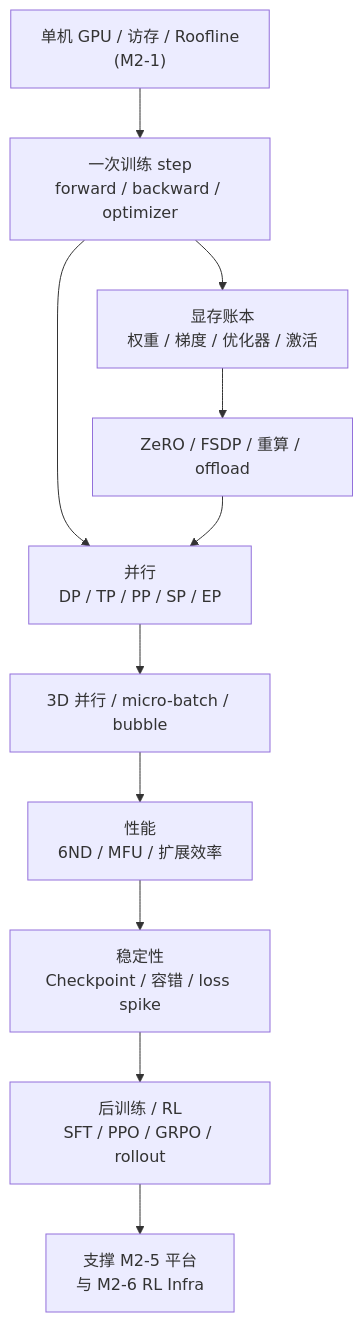
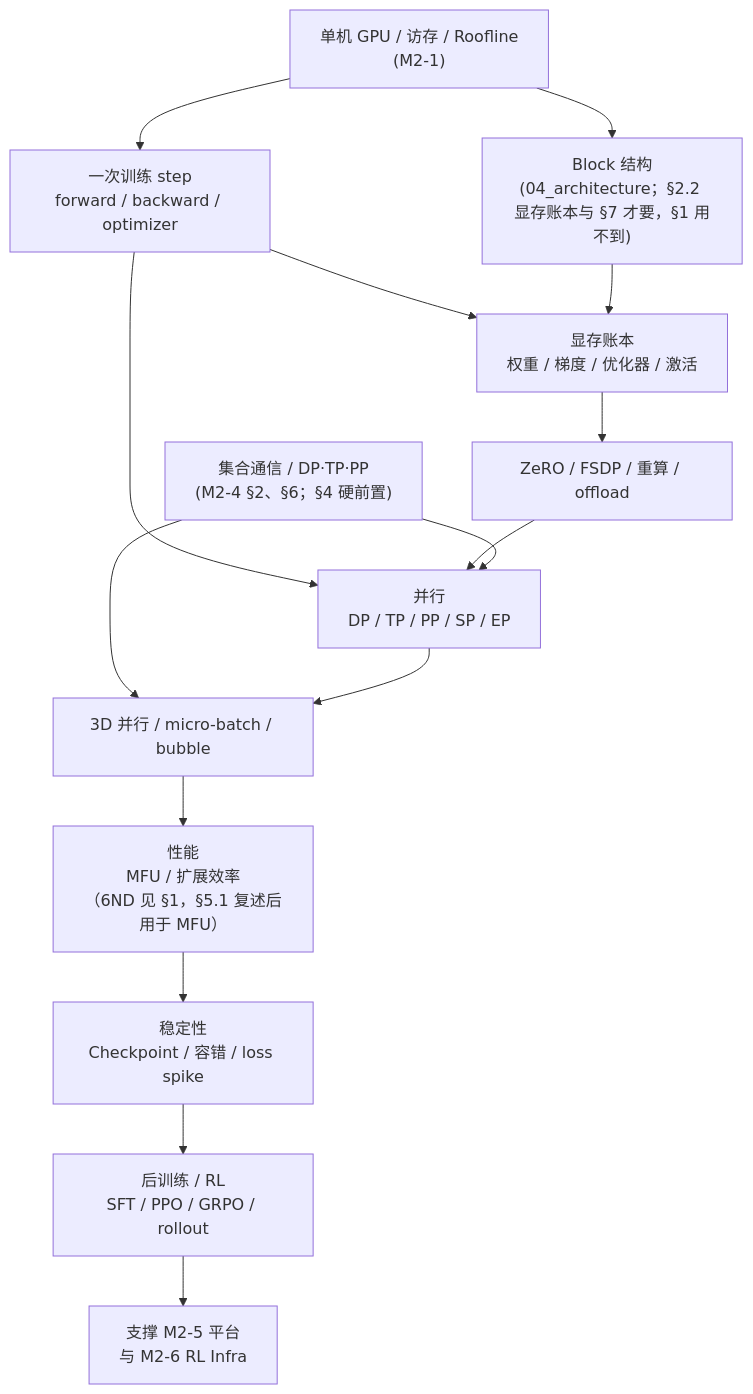
Before and after one commit to Xingkai98/ai-infra-notes-site: the diagram in docs/notes/23_training_systems.md, drawn with Mermaid. The commit also changed other lines of this file and 7 other files, not shown here.

````diff
--- a/docs/notes/23_training_systems.md
+++ b/docs/notes/23_training_systems.md
@@ -31,13 +33,18 @@
 ```mermaid
 graph TD
   A["单机 GPU / 访存 / Roofline<br/>(M2-1)"] --> B["一次训练 step<br/>forward / backward / optimizer"]
+  A --> A2["Block 结构<br/>(04_architecture；§2.2 显存账本与 §7 才要，§1 用不到)"]
   B --> C["显存账本<br/>权重 / 梯度 / 优化器 / 激活"]
+
+  A2 --> C
   C --> D["ZeRO / FSDP / 重算 / offload"]
   B --> E["并行<br/>DP / TP / PP / SP / EP"]
   D --> E
+  K["集合通信 / DP·TP·PP<br/>(M2-4 §2、§6；§4 硬前置)"] --> E
+  K --> F
   E --> F["3D 并行 / micro-batch / bubble"]
-  F --> G["性能<br/>6ND / MFU / 扩展效率"]
+  F --> G["性能<br/>MFU / 扩展效率<br/>（6ND 见 §1，§5.1 复述后用于 MFU）"]
   G --> H["稳定性<br/>Checkpoint / 容错 / loss spike"]
   H --> I["后训练 / RL<br/>SFT / PPO / GRPO / rollout"]
   I --> J["支撑 M2-5 平台<br/>与 M2-6 RL Infra"]
 ```
````
